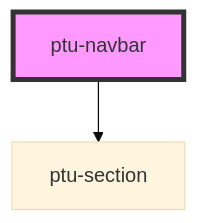
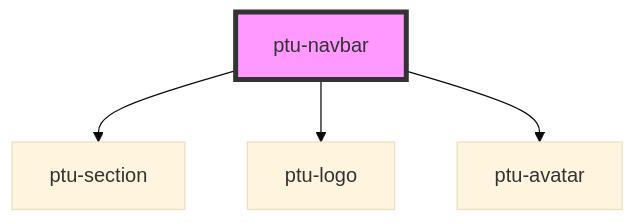
Before and after one commit to ptenu/elements: the diagram in src/components/ptu-navbar/readme.md, drawn with Mermaid (base theme). The commit also changed other lines of this file and 31 other files, not shown here.

````diff
--- a/src/components/ptu-navbar/readme.md
+++ b/src/components/ptu-navbar/readme.md
@@ -15,5 +26,7 @@
 ```mermaid
 graph TD;
   ptu-navbar --> ptu-section
+  ptu-navbar --> ptu-logo
+  ptu-navbar --> ptu-avatar
   style ptu-navbar fill:#f9f,stroke:#333,stroke-width:4px
 ```
````
